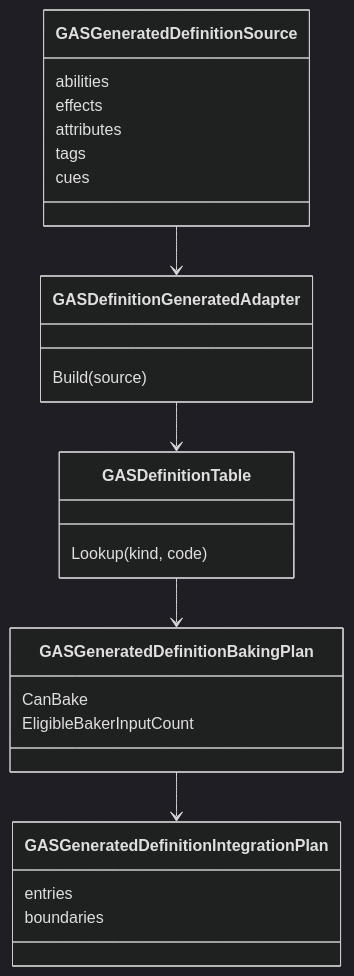
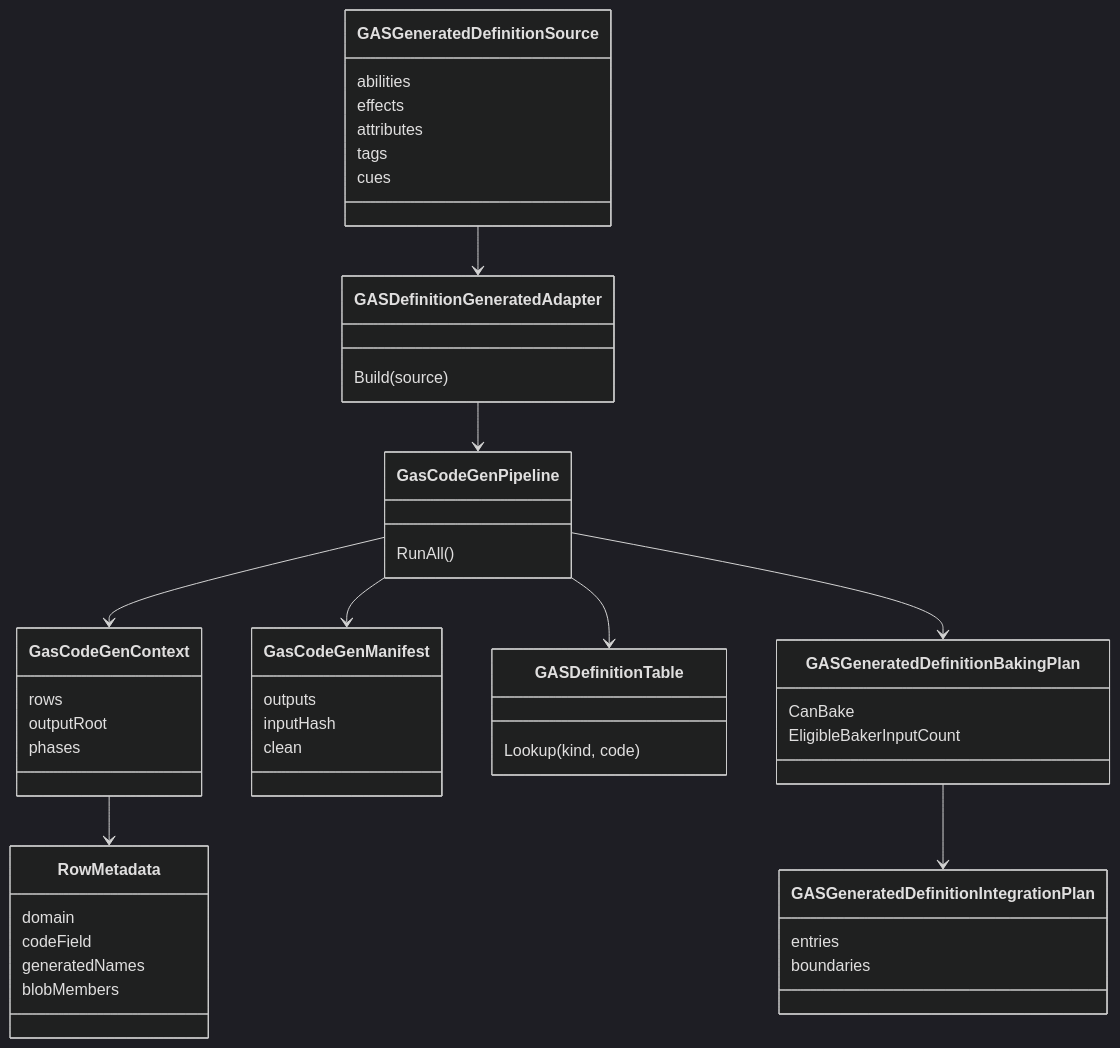
One commit to Bo-ki/gameplay-ability-system-for-unity changed the second of 3 diagrams in 方案讨论/针对2.0的ECS架构的迭代方案讨论/01-目标态架构共识/08-Luban-SourceGenerator配置生成链路Spec.md. Above: the diagram before and after it, drawn with Mermaid (dark theme). The commit also changed other lines of this file and 151 other files, not shown here.

````diff
--- a/方案讨论/针对2.0的ECS架构的迭代方案讨论/01-目标态架构共识/08-Luban-SourceGenerator配置生成链路Spec.md
+++ b/方案讨论/针对2.0的ECS架构的迭代方案讨论/01-目标态架构共识/08-Luban-SourceGenerator配置生成链路Spec.md
@@ -23,29 +26,52 @@
 ```mermaid
 classDiagram
     class GASGeneratedDefinitionSource {
         abilities
         effects
         attributes
         tags
         cues
     }
     class GASDefinitionGeneratedAdapter {
         Build(source)
+    }
+    class GasCodeGenPipeline {
+        RunAll()
+    }
+    class GasCodeGenContext {
+        rows
+        outputRoot
+        phases
+    }
+    class RowMetadata {
+        domain
+        codeField
+        generatedNames
+        blobMembers
+    }
+    class GasCodeGenManifest {
+        outputs
+        inputHash
+        clean
     }
     class GASDefinitionTable {
         Lookup(kind, code)
     }
     class GASGeneratedDefinitionBakingPlan {
         CanBake
         EligibleBakerInputCount
     }
     class GASGeneratedDefinitionIntegrationPlan {
         entries
         boundaries
     }
 
     GASGeneratedDefinitionSource --> GASDefinitionGeneratedAdapter
-    GASDefinitionGeneratedAdapter --> GASDefinitionTable
-    GASDefinitionTable --> GASGeneratedDefinitionBakingPlan
+    GASDefinitionGeneratedAdapter --> GasCodeGenPipeline
+    GasCodeGenPipeline --> GasCodeGenContext
+    GasCodeGenContext --> RowMetadata
+    GasCodeGenPipeline --> GasCodeGenManifest
+    GasCodeGenPipeline --> GASDefinitionTable
+    GasCodeGenPipeline --> GASGeneratedDefinitionBakingPlan
     GASGeneratedDefinitionBakingPlan --> GASGeneratedDefinitionIntegrationPlan
 ```
````
